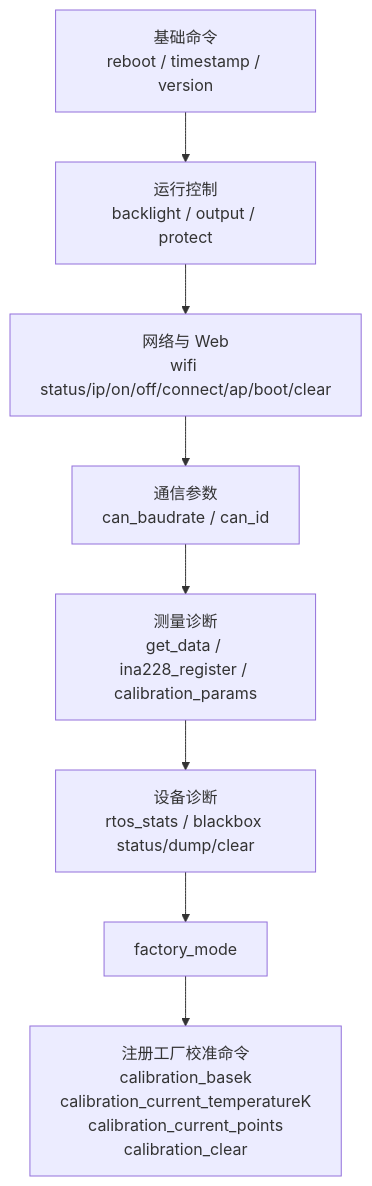
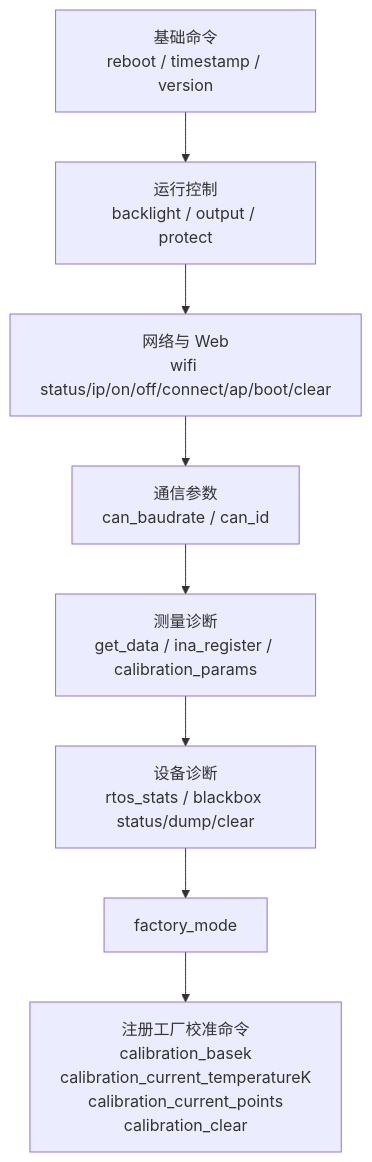
Before and after one commit to qingmeijiupiao/Wireless_power_meter_pro_v2: the second of 2 diagrams in components/app/shell_command/README.md, drawn with Mermaid. The commit also changed other lines of this file and 2 other files, not shown here.

Commit message:
REFACTOR：统一 INA 寄存器命令为 ina_register
Lite 使用 ina226_register，Pro V2 使用 ina228_register，命令名与输出前缀
因芯片型号不同而不一致，导致共用的上位机脚本需要区分处理。

WHAT：两个工程的 shell 命令统一为芯片无关的 ina_register，输出前缀统一为
ina_register_raw，并同步更新 shell_command / current_calibration 文档。

````diff
--- a/components/app/shell_command/README.md
+++ b/components/app/shell_command/README.md
@@ -32,10 +32,10 @@
 ```mermaid
 flowchart TD
     Base["基础命令<br/>reboot / timestamp / version"] --> Runtime["运行控制<br/>backlight / output / protect"]
     Runtime --> Network["网络与 Web<br/>wifi status/ip/on/off/connect/ap/boot/clear"]
     Network --> Bus["通信参数<br/>can_baudrate / can_id"]
-    Bus --> Measure["测量诊断<br/>get_data / ina228_register / calibration_params"]
+    Bus --> Measure["测量诊断<br/>get_data / ina_register / calibration_params"]
     Measure --> Diagnose["设备诊断<br/>rtos_stats / blackbox status/dump/clear"]
     Diagnose --> Factory["factory_mode"]
     Factory --> Hidden["注册工厂校准命令<br/>calibration_basek<br/>calibration_current_temperatureK<br/>calibration_current_points<br/>calibration_clear"]
 ```
````
